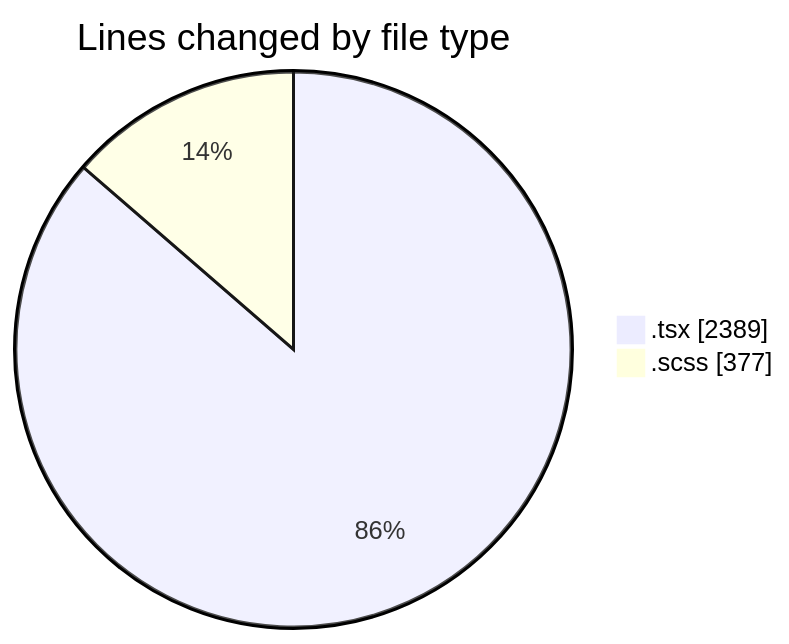
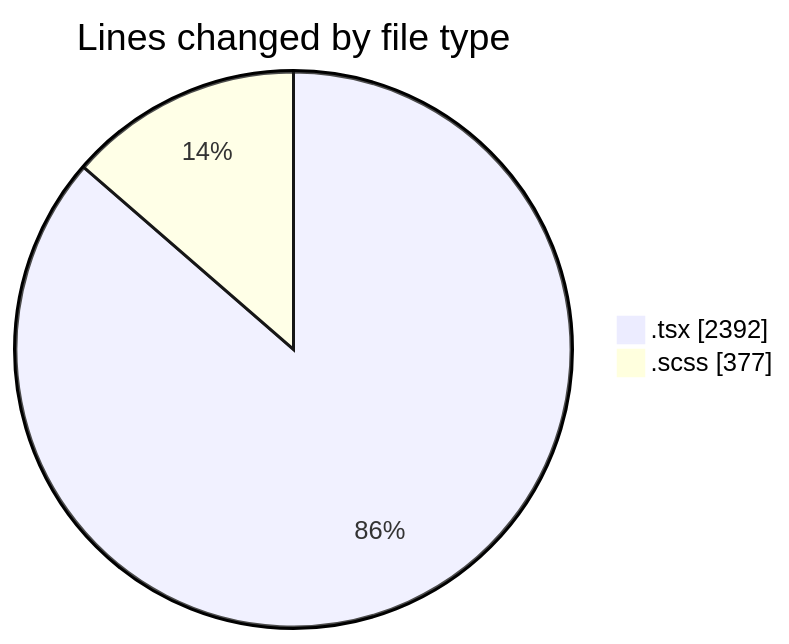
The first of 2 diagrams in 2025-09-30/cda/README.md (momahboobian/code-tracking), drawn with Mermaid before and after one commit. The commit also changed other lines of this file and 1 other file, not shown here.

````diff
--- a/2025-09-30/cda/README.md
+++ b/2025-09-30/cda/README.md
@@ -23,6 +23,6 @@
 ```mermaid
 pie showData
 title Lines changed by file type
-".tsx" : 2389
+".tsx" : 2392
 ".scss" : 377
 ```
````
